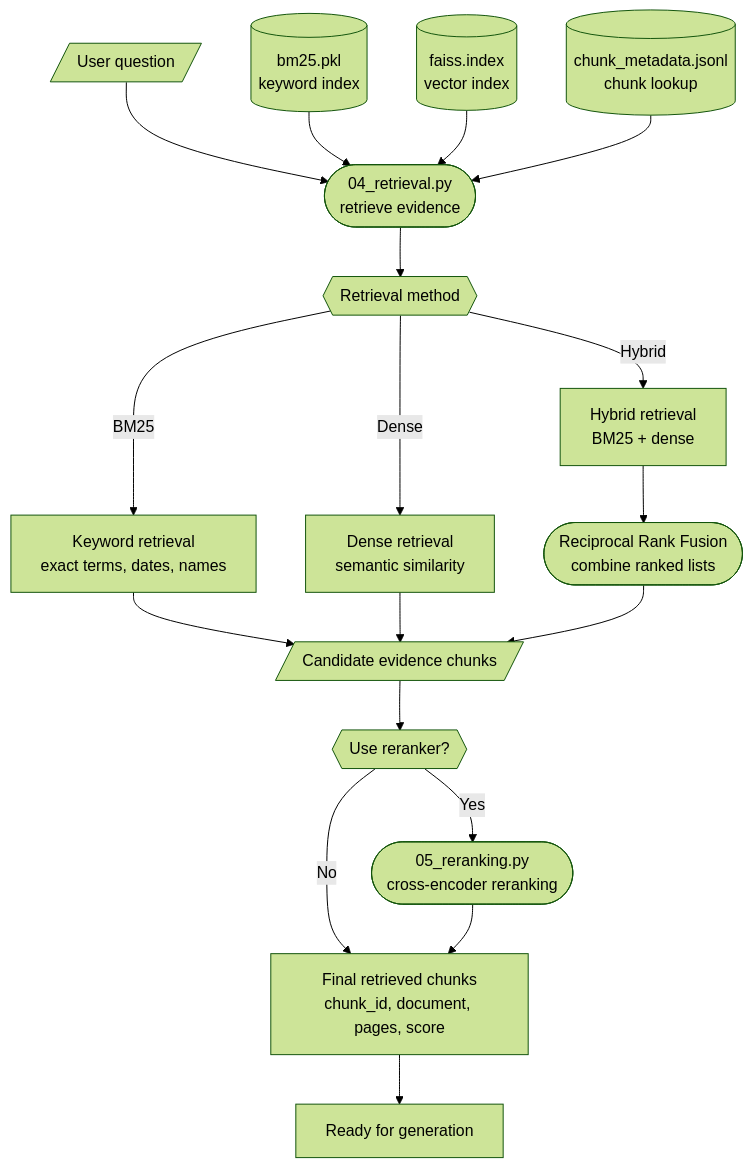
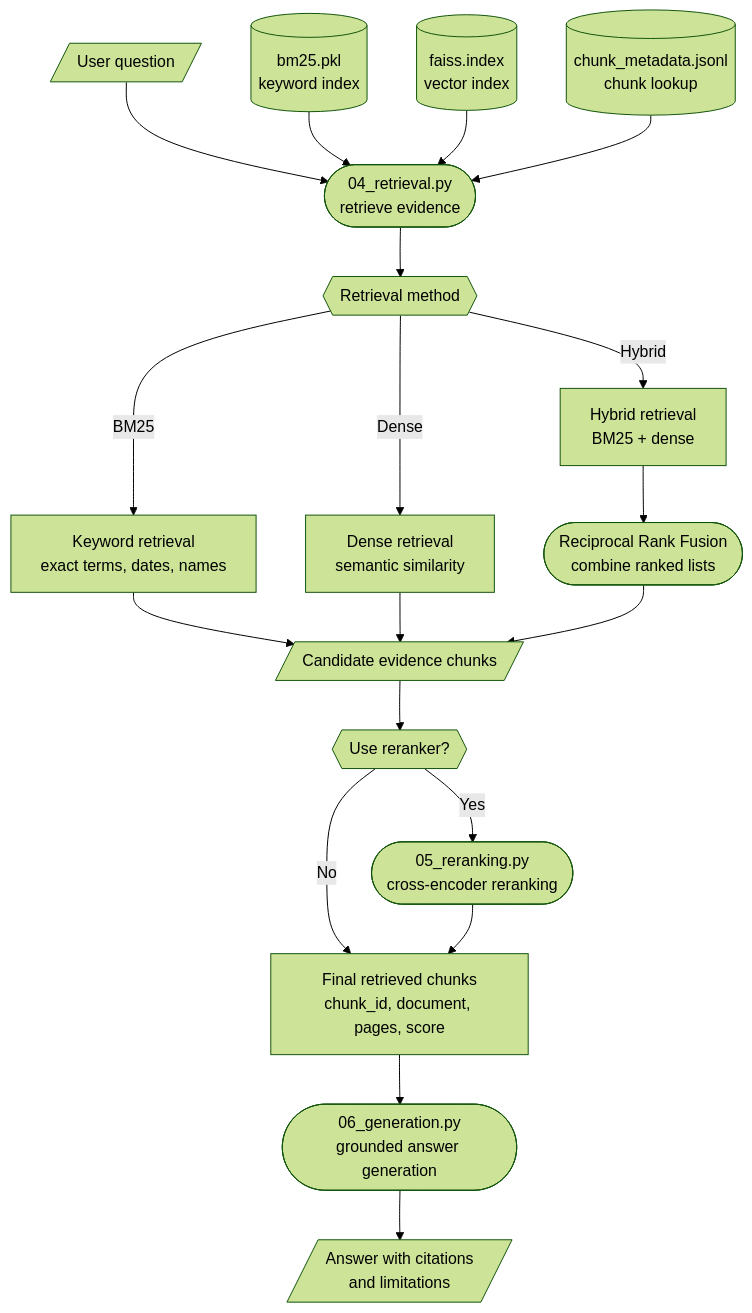
Before and after one commit to RegNLP/FinanceRAG-mini: the second of 2 diagrams in README.md, drawn with Mermaid (forest theme). The commit also changed other lines of this file and 3 other files, not shown here.

````diff
--- a/README.md
+++ b/README.md
@@ -50,25 +50,26 @@
 ```mermaid
 flowchart TD
     Q[/User question/] --> R([04_retrieval.py<br/>retrieve evidence])
 
     B[(bm25.pkl<br/>keyword index)] --> R
     F[(faiss.index<br/>vector index)] --> R
     M[(chunk_metadata.jsonl<br/>chunk lookup)] --> R
 
     R --> C{{Retrieval method}}
 
     C -->|BM25| K[Keyword retrieval<br/>exact terms, dates, names]
     C -->|Dense| D[Dense retrieval<br/>semantic similarity]
     C -->|Hybrid| H[Hybrid retrieval<br/>BM25 + dense]
 
     K --> O[/Candidate evidence chunks/]
     D --> O
     H --> X([Reciprocal Rank Fusion<br/>combine ranked lists])
     X --> O
 
     O --> RR{{Use reranker?}}
     RR -->|No| P[Final retrieved chunks<br/>chunk_id, document, pages, score]
     RR -->|Yes| RE([05_reranking.py<br/>cross-encoder reranking])
     RE --> P
-    P --> G[Ready for generation]
+    P --> GEN([06_generation.py<br/>grounded answer generation])
+    GEN --> A[/Answer with citations<br/>and limitations/]
 ```
````
